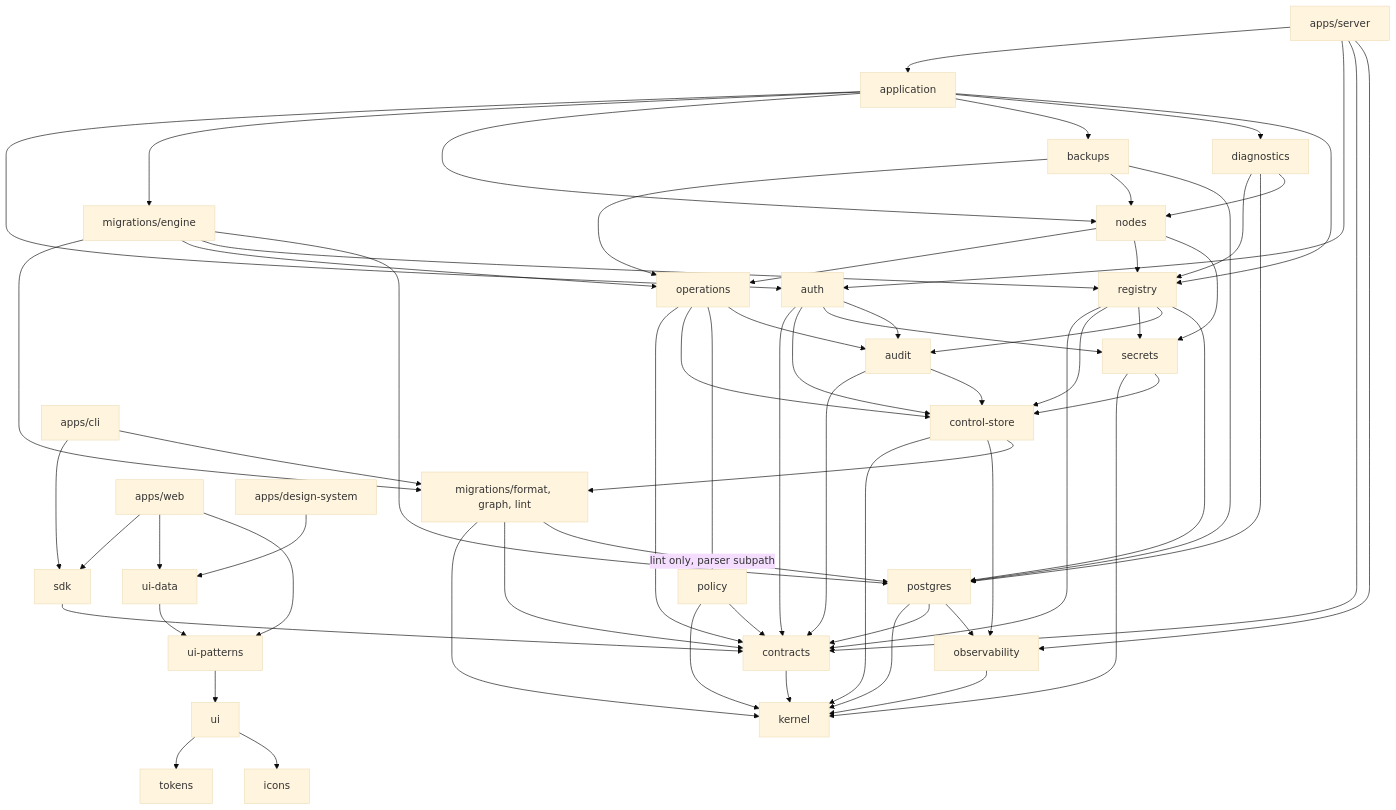
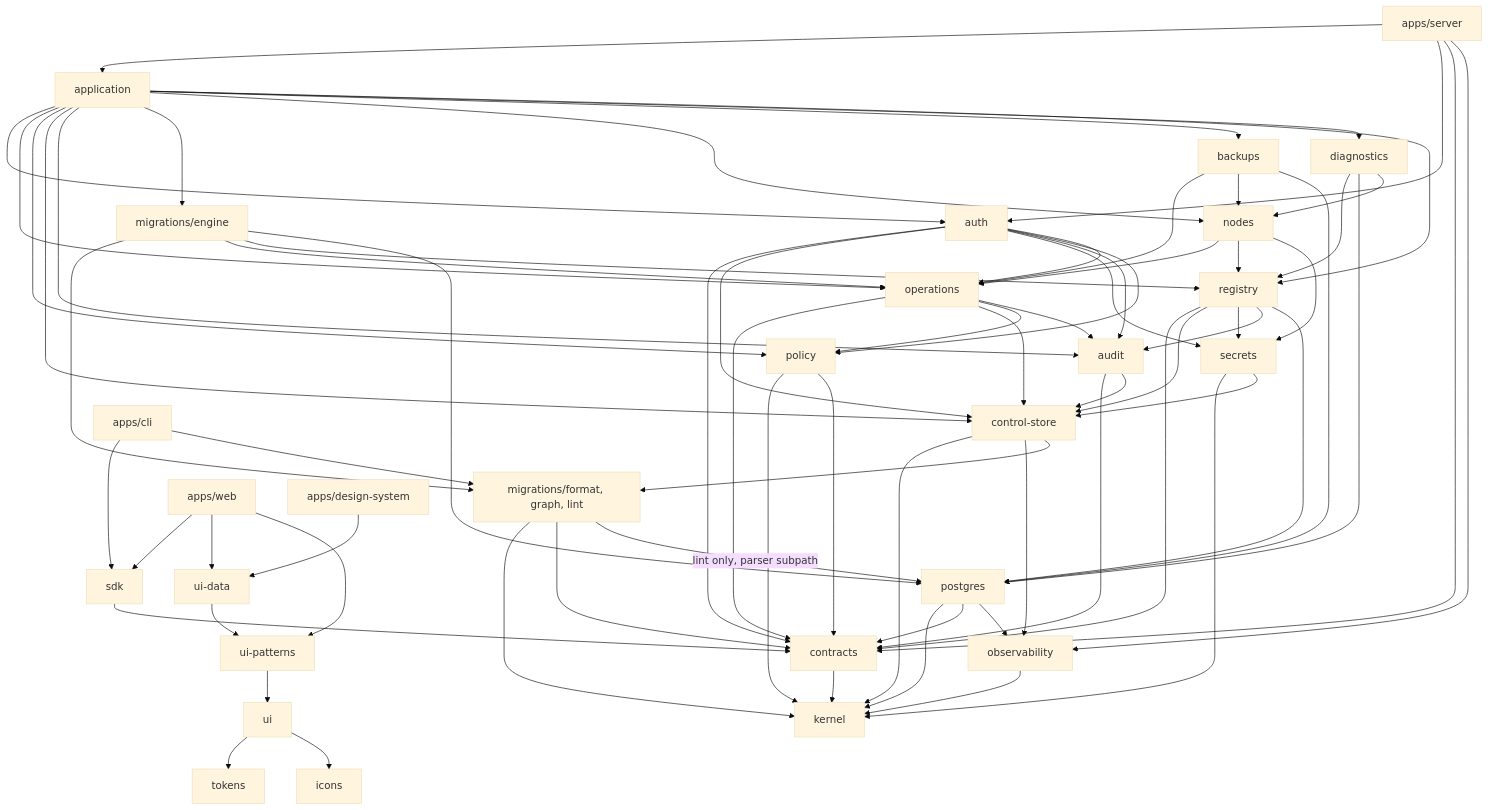
Before and after one commit to davdxpx/ExponetDB: the diagram in exponetdb-docs/01-architecture/package-architecture.md, drawn with Mermaid (base theme). The commit also changed other lines of this file and 22 other files, not shown here.

````diff
--- a/exponetdb-docs/01-architecture/package-architecture.md
+++ b/exponetdb-docs/01-architecture/package-architecture.md
@@ -175,68 +199,74 @@
 ```mermaid
 graph TD
   kernel
   contracts --> kernel
   observability --> kernel
   controlstore[control-store] --> kernel
   controlstore --> observability
   controlstore --> migpure
   migpure[migrations/format, graph, lint] --> kernel
   migpure --> contracts
   migpure -- lint only, parser subpath --> postgres
   secrets --> kernel
   secrets --> controlstore
   audit --> contracts
   audit --> controlstore
   postgres --> kernel
   postgres --> contracts
   postgres --> observability
   policy --> kernel
   policy --> contracts
   auth --> contracts
   auth --> controlstore
   auth --> secrets
   auth --> audit
+  auth --> policy
+  auth --> operations
   registry --> contracts
   registry --> controlstore
   registry --> secrets
   registry --> audit
   registry --> postgres
   operations --> contracts
   operations --> controlstore
   operations --> policy
   operations --> audit
   migengine[migrations/engine] --> migpure
   migengine --> operations
   migengine --> registry
   migengine --> postgres
   nodes --> operations
   nodes --> registry
   nodes --> secrets
   backups --> operations
   backups --> nodes
   backups --> postgres
   diagnostics --> registry
   diagnostics --> postgres
   diagnostics --> nodes
   application --> auth
+  application --> operations
+  application --> policy
+  application --> controlstore
+  application --> audit
   application --> migengine
   application --> nodes
   application --> backups
   application --> diagnostics
   application --> registry
   server[apps/server] --> application
   server --> auth
   server --> contracts
   server --> observability
   sdk --> contracts
   cli[apps/cli] --> sdk
   cli --> migpure
   web[apps/web] --> sdk
   web --> uidata[ui-data]
   web --> uipatterns[ui-patterns]
   uidata --> uipatterns
   uipatterns --> ui
   ui --> tokens
   ui --> icons
   ds[apps/design-system] --> uidata
 ```
````
